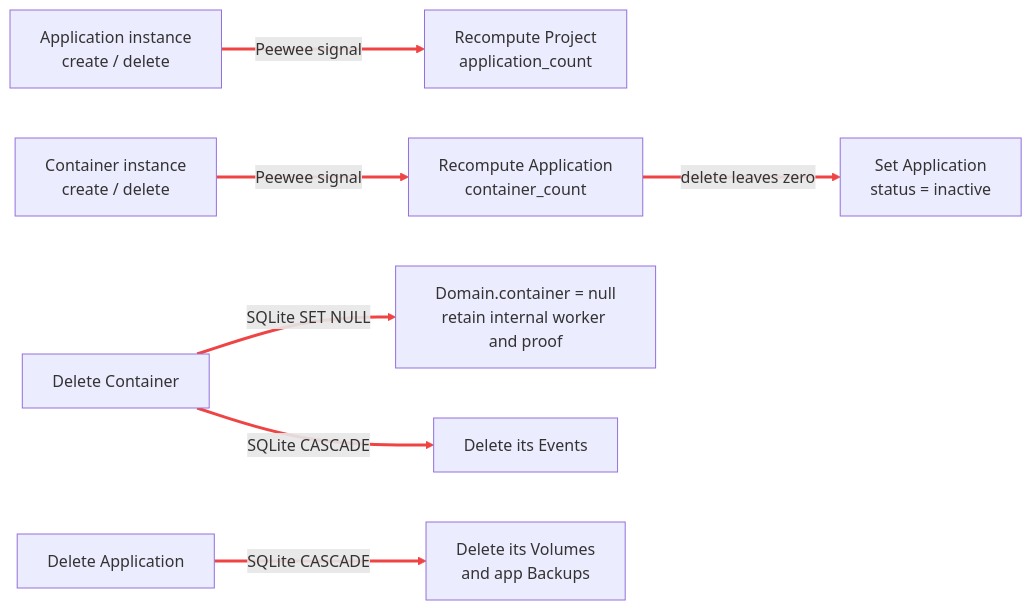
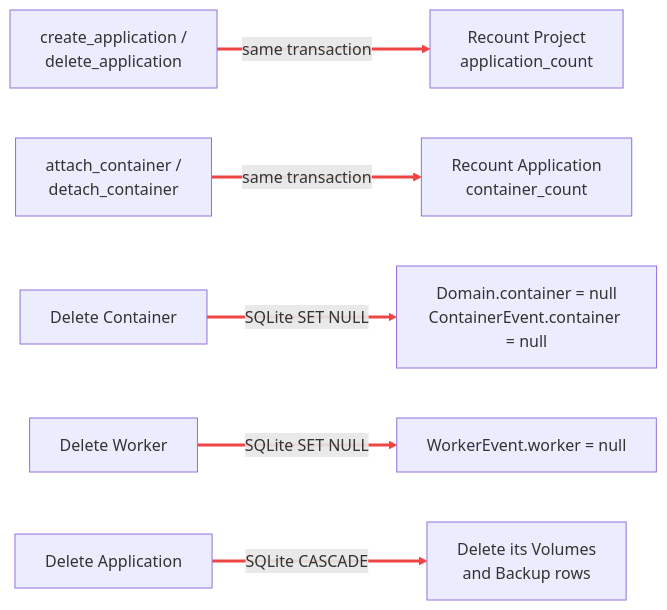
One commit to v31-dev/sage changed the third of 4 diagrams in docs/operations.md. Above: the diagram before and after it, drawn with Mermaid. The commit also changed other lines of this file and 2 other files, not shown here.

````diff
--- a/docs/operations.md
+++ b/docs/operations.md
@@ -314,11 +317,10 @@
 ```mermaid
 %%{init: {"themeVariables": {"lineColor": "#ef4444"}, "themeCSS": ".marker { overflow: visible; } .arrowMarkerPath { stroke-width: 2px !important; } .edge-pattern-dotted { stroke-dasharray: 8 6 !important; }"}}%%
 flowchart LR
-    app["Application instance<br/>create / delete"] -->|"Peewee signal"| project["Recompute Project<br/>application_count"]
-    container["Container instance<br/>create / delete"] -->|"Peewee signal"| count["Recompute Application<br/>container_count"]
-    count -->|"delete leaves zero"| inactive["Set Application<br/>status = inactive"]
-    delcontainer["Delete Container"] -->|"SQLite SET NULL"| unlink["Domain.container = null<br/>retain internal worker and proof"]
-    delcontainer -->|"SQLite CASCADE"| events["Delete its Events"]
-    delapp["Delete Application"] -->|"SQLite CASCADE"| owned["Delete its Volumes<br/>and app Backups"]
+    app["create_application /<br/>delete_application"] -->|"same transaction"| project["Recount Project<br/>application_count"]
+    container["attach_container /<br/>detach_container"] -->|"same transaction"| count["Recount Application<br/>container_count"]
+    delcontainer["Delete Container"] -->|"SQLite SET NULL"| unlink["Domain.container = null<br/>ContainerEvent.container = null"]
+    delworker["Delete Worker"] -->|"SQLite SET NULL"| wevents["WorkerEvent.worker = null"]
+    delapp["Delete Application"] -->|"SQLite CASCADE"| owned["Delete its Volumes<br/>and Backup rows"]
     linkStyle default stroke:#ef4444,stroke-width:3px
 ```
````
